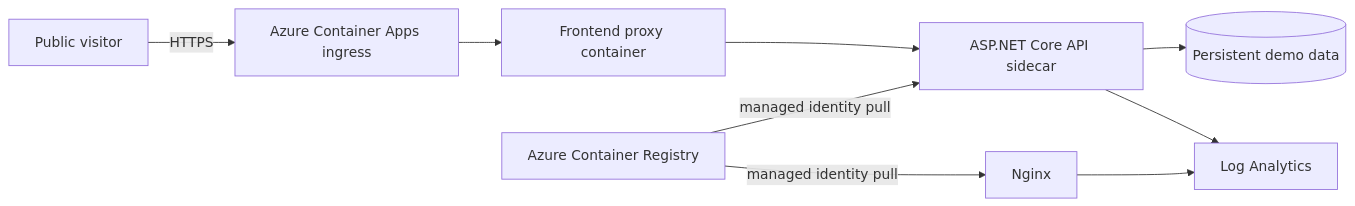
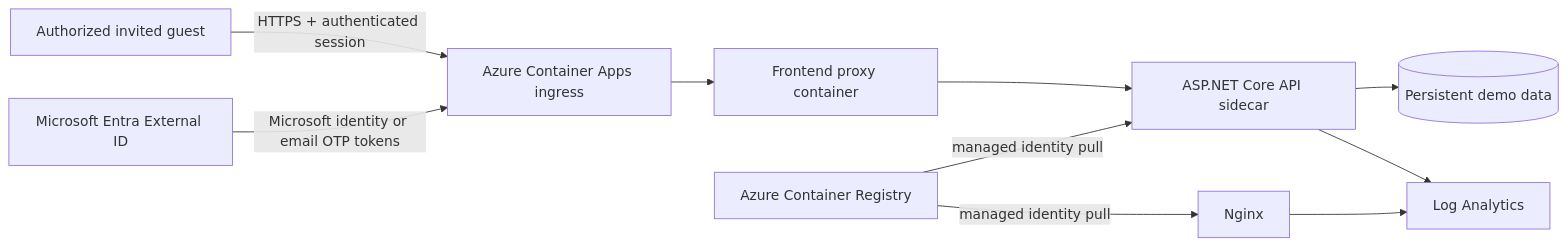
One commit to rlammers/career-assistant changed the diagram in docs/azure-architecture.md. Above: the diagram before and after it, drawn with Mermaid. The commit also changed other lines of this file and 6 other files, not shown here.

````diff
--- a/docs/azure-architecture.md
+++ b/docs/azure-architecture.md
@@ -6,11 +6,12 @@
 ```mermaid
 flowchart LR
-    Visitor[Public visitor] -->|HTTPS| Ingress[Azure Container Apps ingress]
+    Visitor[Authorized invited guest] -->|HTTPS + authenticated session| Ingress[Azure Container Apps ingress]
+    Entra[Microsoft Entra External ID] -->|Microsoft identity or email OTP tokens| Ingress
     Ingress --> Proxy[Frontend proxy container]
     Proxy --> Api[ASP.NET Core API sidecar]
     Api --> Store[(Persistent demo data)]
     ACR[Azure Container Registry] -->|managed identity pull| Nginx
     ACR -->|managed identity pull| Api
     Api --> Logs[Log Analytics]
     Nginx --> Logs
 ```
````
